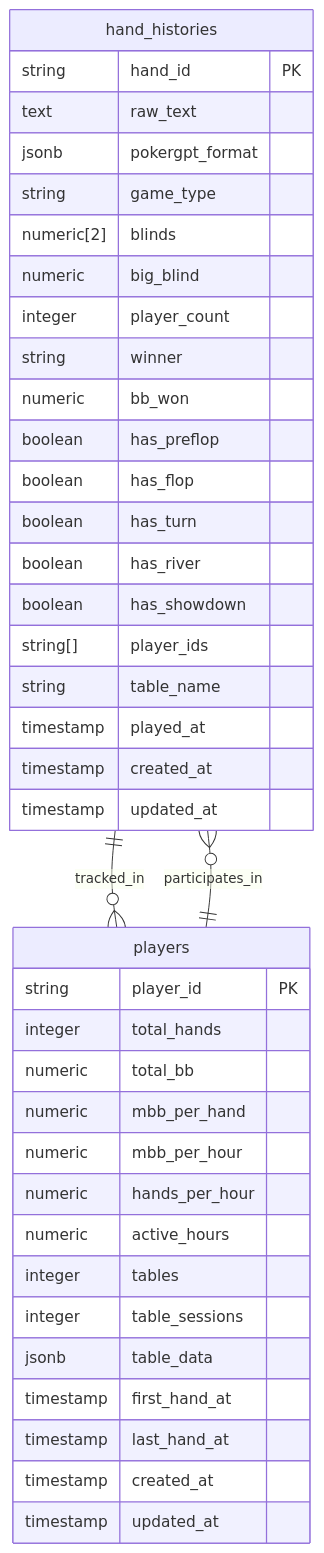
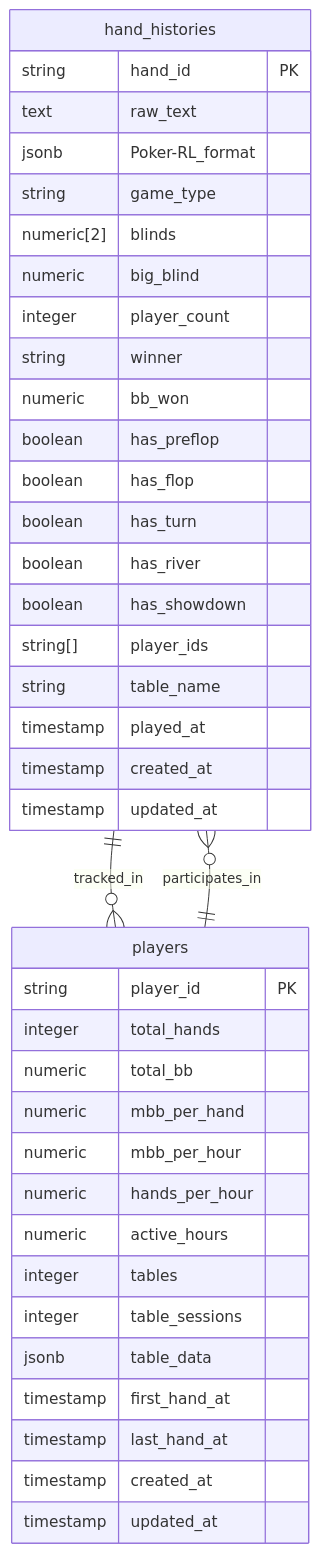
The diagram in README.md (yoniebans/poker-rl-data), drawn with Mermaid before and after one commit. The commit also changed other lines of this file and 5 other files, not shown here.

````diff
--- a/README.md
+++ b/README.md
@@ -78,45 +78,45 @@
 ```mermaid
 erDiagram
     hand_histories {
         string hand_id PK
         text raw_text
-        jsonb pokergpt_format
+        jsonb Poker-RL_format
         string game_type
         numeric[2] blinds
         numeric big_blind
         integer player_count
         string winner
         numeric bb_won
         boolean has_preflop
         boolean has_flop
         boolean has_turn
         boolean has_river
         boolean has_showdown
         string[] player_ids
         string table_name
         timestamp played_at
         timestamp created_at
         timestamp updated_at
     }
-    
+
     players {
         string player_id PK
         integer total_hands
         numeric total_bb
         numeric mbb_per_hand
         numeric mbb_per_hour
         numeric hands_per_hour
         numeric active_hours
         integer tables
         integer table_sessions
         jsonb table_data
         timestamp first_hand_at
         timestamp last_hand_at
         timestamp created_at
         timestamp updated_at
     }
-    
+
     hand_histories ||--o{ players : "tracked_in"
-    
+
     players ||--o{ hand_histories : "participates_in"
 ```
````
